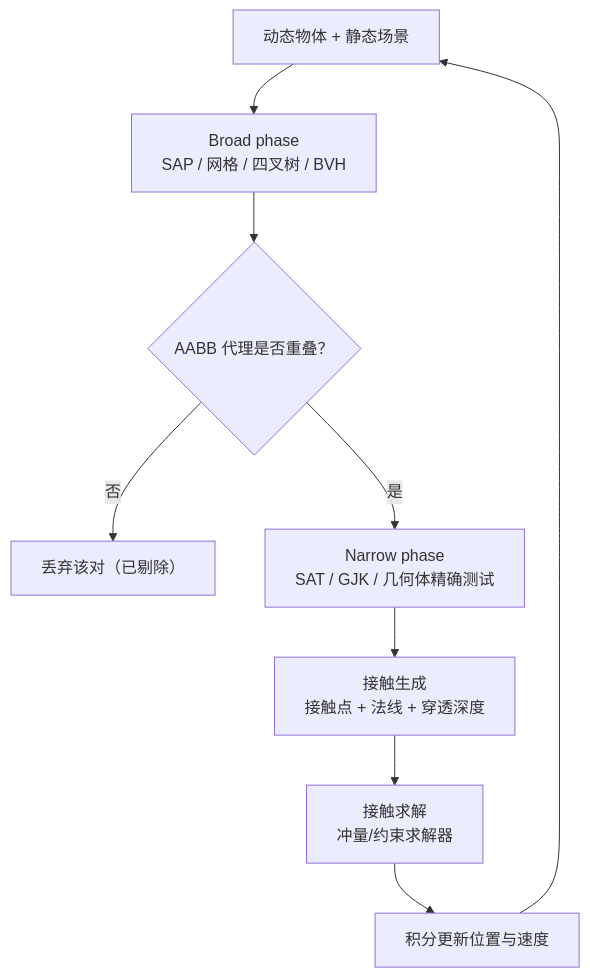
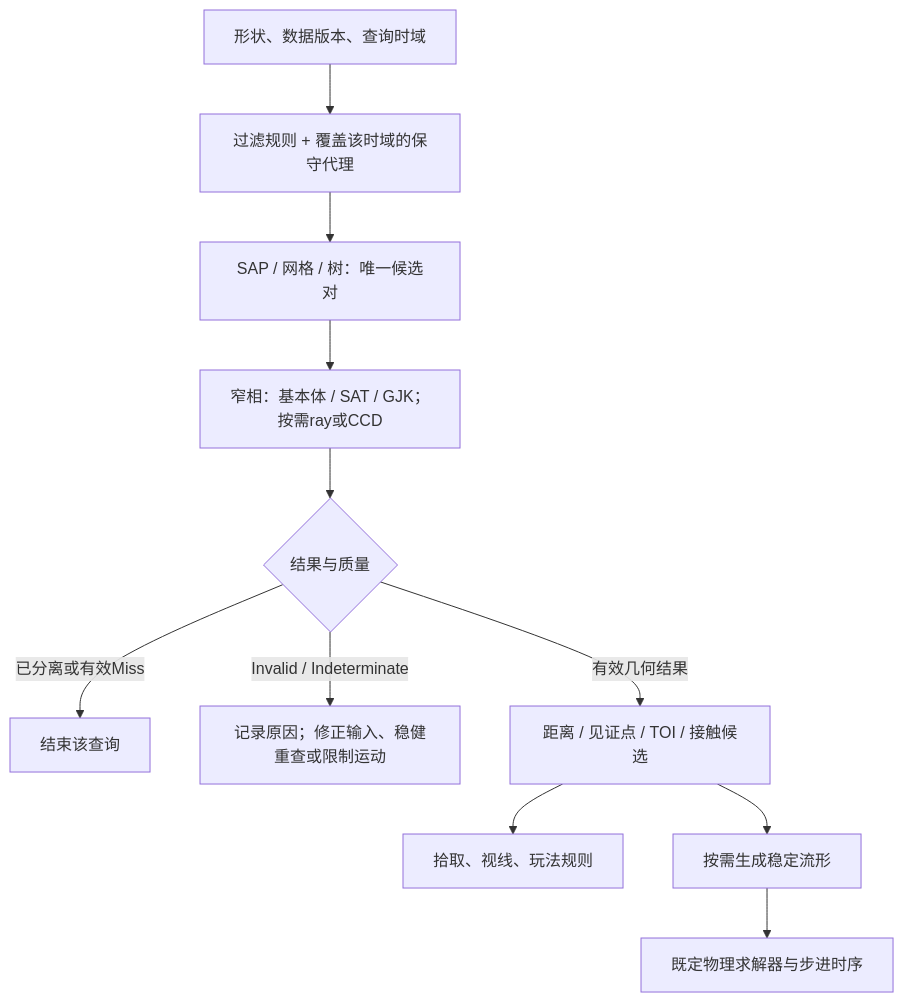
The diagram in 知识/02-数学与游戏算法/空间查询与碰撞/04-碰撞检测.md (fantuan812/learning), drawn with Mermaid before and after one commit. The commit also changed other lines of this file and 1 other file, not shown here.

````diff
--- a/知识/02-数学与游戏算法/空间查询与碰撞/04-碰撞检测.md
+++ b/知识/02-数学与游戏算法/空间查询与碰撞/04-碰撞检测.md
@@ -202,11 +202,13 @@
 ```mermaid
 flowchart TD
-    A["动态物体 + 静态场景"] --> B["Broad phase<br/>SAP / 网格 / 四叉树 / BVH"]
-    B --> C{"AABB 代理是否重叠？"}
-    C -->|"否"| D["丢弃该对（已剔除）"]
-    C -->|"是"| E["Narrow phase<br/>SAT / GJK / 几何体精确测试"]
-    E --> F["接触生成<br/>接触点 + 法线 + 穿透深度"]
-    F --> G["接触求解<br/>冲量/约束求解器"]
-    G --> H["积分更新位置与速度"]
-    H --> A
+    A["形状、数据版本、查询时域"] --> B["过滤规则 + 覆盖该时域的保守代理"]
+    B --> C["SAP / 网格 / 树：唯一候选对"]
+    C --> D["窄相：基本体 / SAT / GJK；按需ray或CCD"]
+    D --> E{"结果与质量"}
+    E -->|"已分离或有效Miss"| F["结束该查询"]
+    E -->|"Invalid / Indeterminate"| G["记录原因；修正输入、稳健重查或限制运动"]
+    E -->|"有效几何结果"| H["距离 / 见证点 / TOI / 接触候选"]
+    H --> I["拾取、视线、玩法规则"]
+    H --> J["按需生成稳定流形"]
+    J --> K["既定物理求解器与步进时序"]
 ```
````
